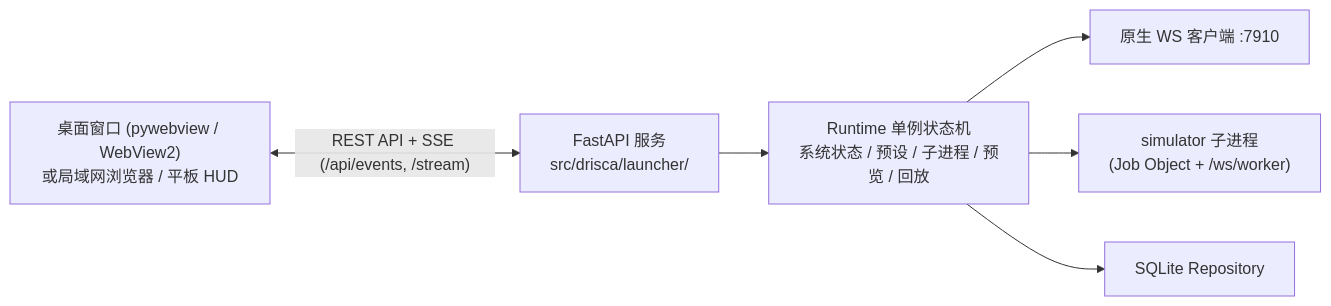
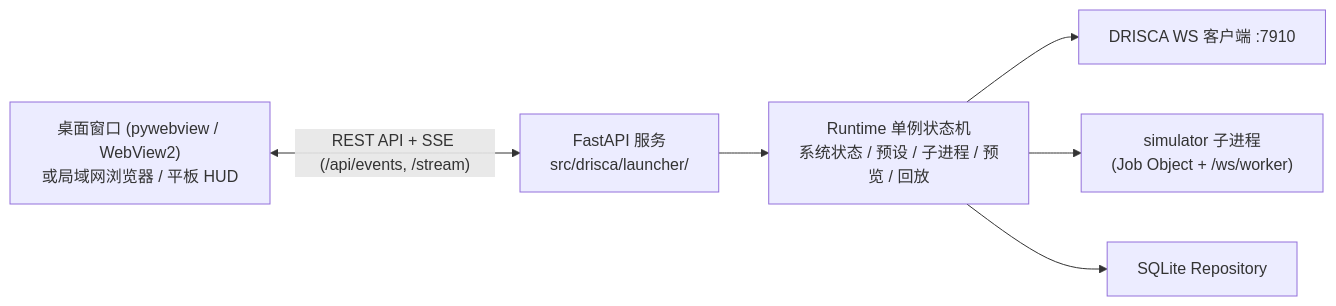
The diagram in docs/design/05-LauncherAndWeb.md (ZiyuZ/DRISCA), drawn with Mermaid before and after one commit. The commit also changed other lines of this file and 32 other files, not shown here.

Commit message:
docs: 统一文档表述、补全最新功能说明并嵌入运行截图

````diff
--- a/docs/design/05-LauncherAndWeb.md
+++ b/docs/design/05-LauncherAndWeb.md
@@ -7,8 +7,8 @@
 ```mermaid
 flowchart LR
     UI["桌面窗口 (pywebview / WebView2)<br/>或局域网浏览器 / 平板 HUD"] <-->|"REST API + SSE (/api/events, /stream)"| API["FastAPI 服务<br/>src/drisca/launcher/"]
     API --> RT["Runtime 单例状态机<br/>系统状态 / 预设 / 子进程 / 预览 / 回放"]
-    RT --> CARLA["原生 WS 客户端 :7910"]
+    RT --> CARLA["DRISCA WS 客户端 :7910"]
     RT --> SIM["simulator 子进程<br/>(Job Object + /ws/worker)"]
     RT --> DB["SQLite Repository"]
 ```
````
